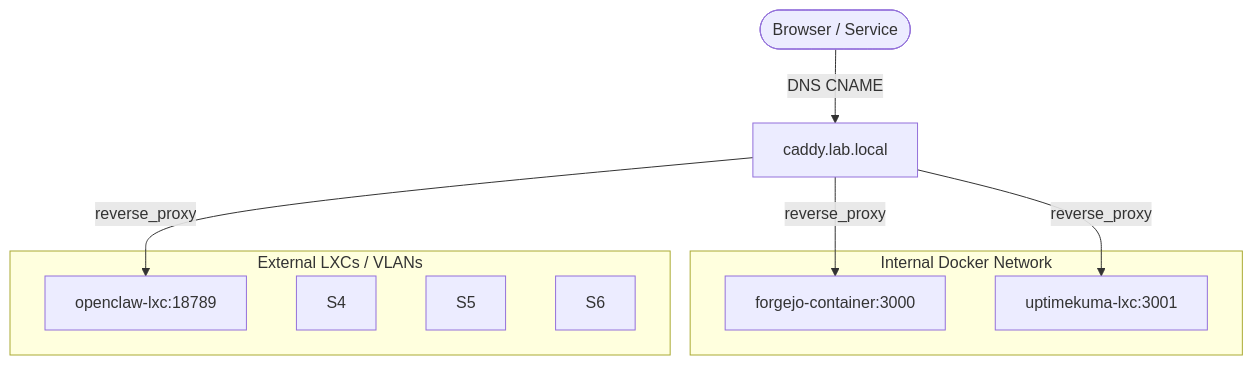
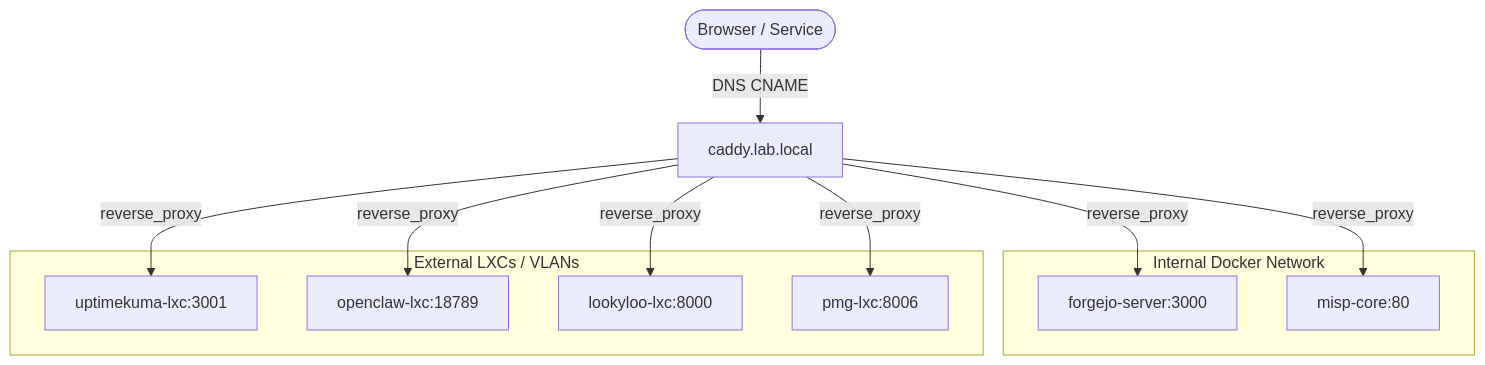
One commit to JazenaYLA/threatlabs-cti-stack changed the diagram in docs/Reverse-Proxy-Guide.md. Above: the diagram before and after it, drawn with Mermaid.

Commit message:
docs: finalized refined architecture diagrams in wiki

````diff
--- a/docs/Reverse-Proxy-Guide.md
+++ b/docs/Reverse-Proxy-Guide.md
@@ -38,19 +38,22 @@
 ```mermaid
 graph TD
     User([Browser / Service]) -->|DNS CNAME| Proxy[caddy.lab.local]
-    Proxy -->|reverse_proxy| S1[forgejo-container:3000]
-    Proxy -->|reverse_proxy| S2[uptimekuma-lxc:3001]
-    Proxy -->|reverse_proxy| S3[openclaw-lxc:18789]
+    Proxy -->|reverse_proxy| S1[forgejo-server:3000]
+    Proxy -->|reverse_proxy| S2[misp-core:80]
+    Proxy -->|reverse_proxy| S3[uptimekuma-lxc:3001]
+    Proxy -->|reverse_proxy| S4[openclaw-lxc:18789]
+    Proxy -->|reverse_proxy| S5[lookyloo-lxc:8000]
+    Proxy -->|reverse_proxy| S6[pmg-lxc:8006]
     
     subgraph cti-net [Internal Docker Network]
         S1
         S2
     end
     
     subgraph VLAN [External LXCs / VLANs]
         S3
         S4
         S5
         S6
     end
 ```
````
